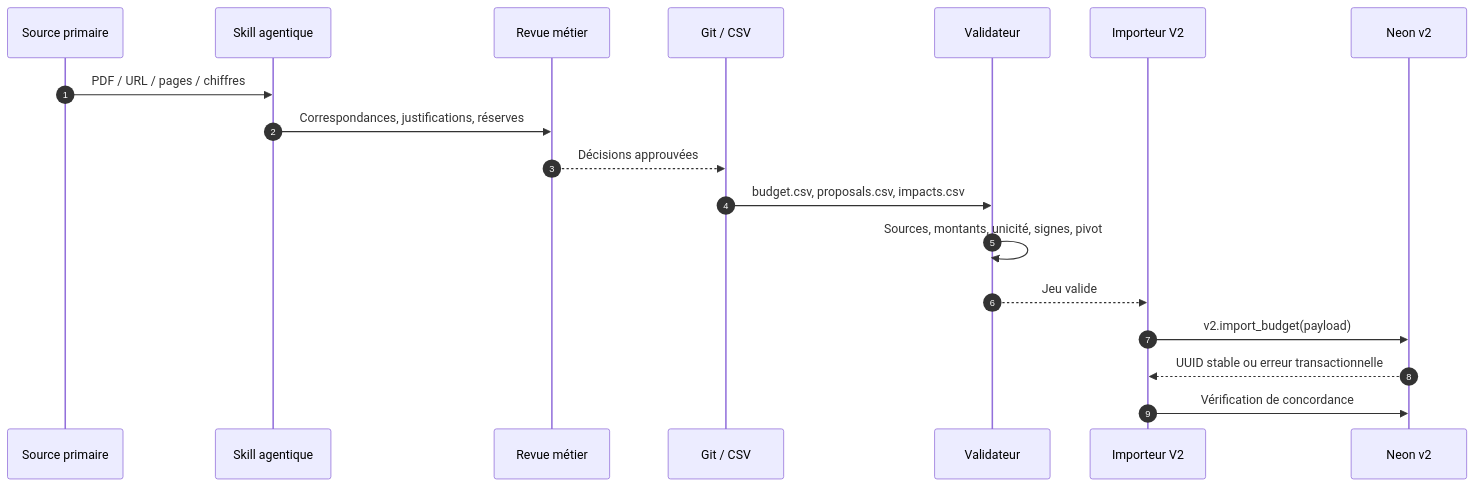
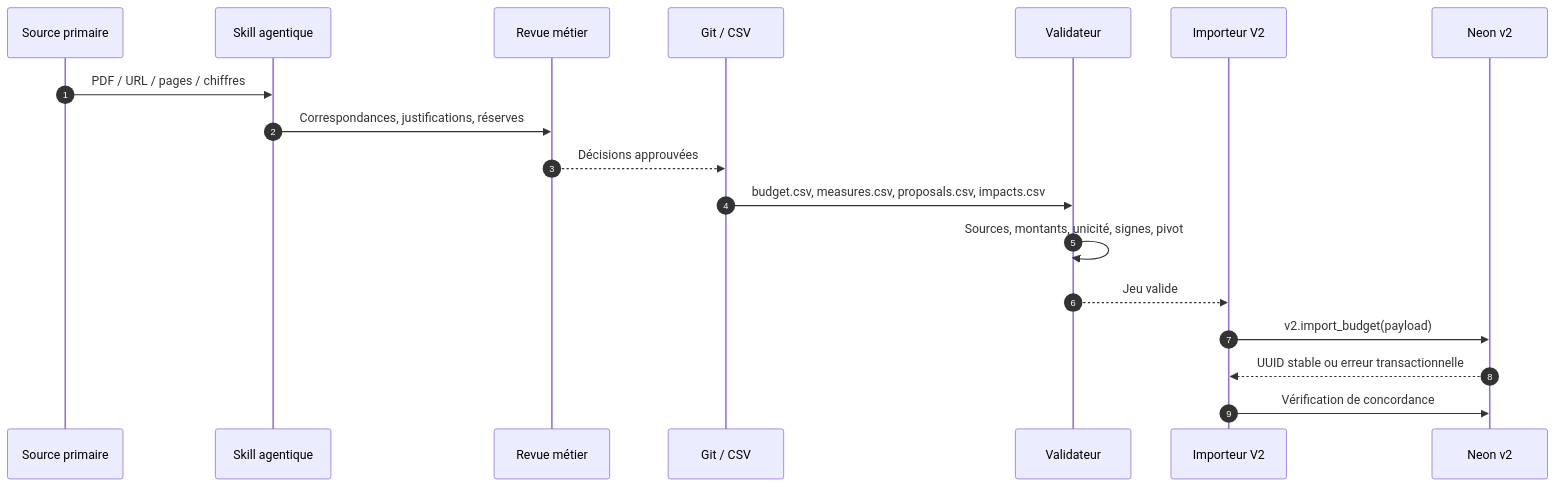
Before and after one commit to dsissoko/france-budget: the first of 2 diagrams in docs/v2/integration.md, drawn with Mermaid. The commit also changed other lines of this file, not shown here.

Commit message:
docs(v2): align vocabulary, CSV contracts, API and bootstrap

````diff
--- a/docs/v2/integration.md
+++ b/docs/v2/integration.md
@@ -3,20 +3,20 @@
 ```mermaid
 sequenceDiagram
     autonumber
     participant D as Source primaire
     participant A as Skill agentique
     participant R as Revue métier
     participant G as Git / CSV
     participant V as Validateur
     participant I as Importeur V2
     participant N as Neon v2
     D->>A: PDF / URL / pages / chiffres
     A->>R: Correspondances, justifications, réserves
     R-->>G: Décisions approuvées
-    G->>V: budget.csv, proposals.csv, impacts.csv
+    G->>V: budget.csv, measures.csv, proposals.csv, impacts.csv
     V->>V: Sources, montants, unicité, signes, pivot
     V-->>I: Jeu valide
     I->>N: v2.import_budget(payload)
     N-->>I: UUID stable ou erreur transactionnelle
     I->>N: Vérification de concordance
 ```
````
